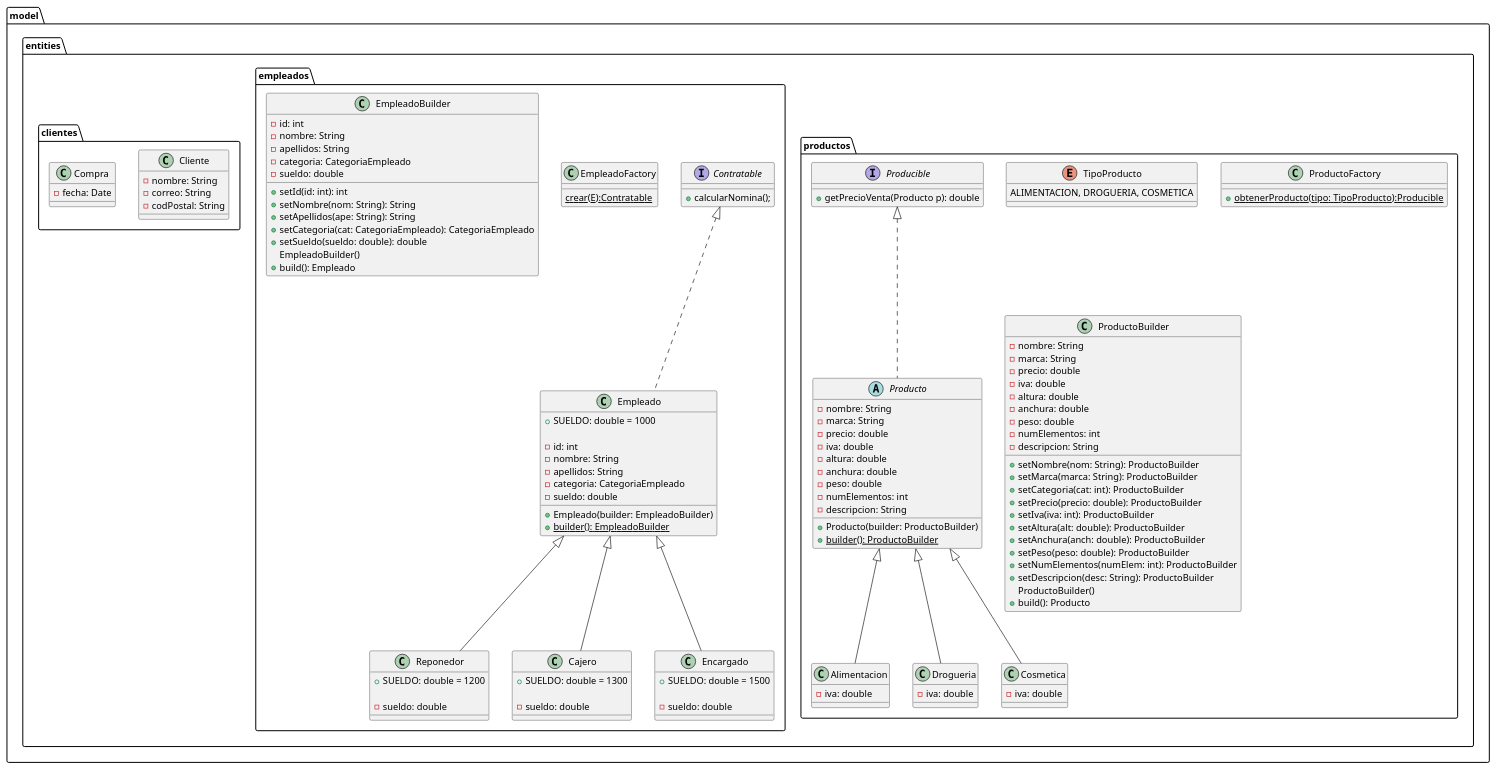
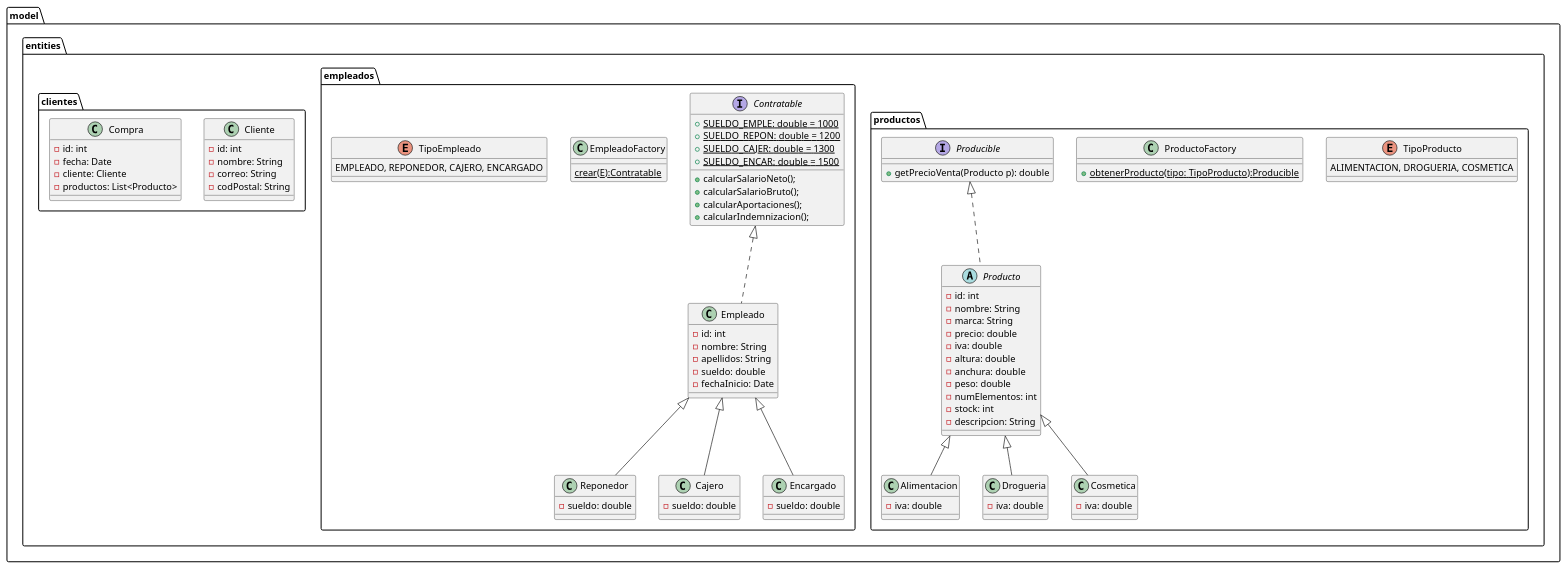
Before and after one commit to dmadcha/mercadaw_trabajo_ev3: the diagram in design/Clases/ClasesEntities.pu, drawn with PlantUML. The commit also changed 1 other file, not shown here.

```diff
--- a/design/Clases/ClasesEntities.pu
+++ b/design/Clases/ClasesEntities.pu
@@ -1,150 +1,114 @@
 @startuml MercaDAW
 
 package model{
     package entities {
         package productos{
             enum TipoProducto{
                 ALIMENTACION, DROGUERIA, COSMETICA
             }
 
             class ProductoFactory{
                 + {static} obtenerProducto(tipo: TipoProducto):Producible    
             }
 
             interface Producible{
                 + getPrecioVenta(Producto p): double
             }
 
             abstract class Producto {
+                - id: int
                 - nombre: String
                 - marca: String
                 - precio: double
                 - iva: double
                 - altura: double
                 - anchura: double
                 - peso: double
                 - numElementos: int
+                - stock: int
                 - descripcion: String
-
-                + Producto(builder: ProductoBuilder)
-                + {static} builder(): ProductoBuilder
             }
 
             class Alimentacion {
                 - iva: double
             }
 
             class Drogueria {
                 - iva: double
             }
 
             class Cosmetica {
                 - iva: double
             }
 
-            class ProductoBuilder {
-                - nombre: String
-                - marca: String
-                - precio: double
-                - iva: double
-                - altura: double
-                - anchura: double
-                - peso: double
-                - numElementos: int
-                - descripcion: String
-
-                + setNombre(nom: String): ProductoBuilder
-                + setMarca(marca: String): ProductoBuilder
-                + setCategoria(cat: int): ProductoBuilder
-                + setPrecio(precio: double): ProductoBuilder
-                + setIva(iva: int): ProductoBuilder
-                + setAltura(alt: double): ProductoBuilder
-                + setAnchura(anch: double): ProductoBuilder
-                + setPeso(peso: double): ProductoBuilder
-                + setNumElementos(numElem: int): ProductoBuilder
-                + setDescripcion(desc: String): ProductoBuilder
-                ProductoBuilder()
-                + build(): Producto
-            }
-
             Producible <|.. Producto
             Producto <|-- Alimentacion
             Producto <|-- Drogueria
             Producto <|-- Cosmetica
 
         }
 
         package empleados {
             interface Contratable {
-                + calcularNomina();
+                + {static} SUELDO_EMPLE: double = 1000
+                + {static} SUELDO_REPON: double = 1200
+                + {static} SUELDO_CAJER: double = 1300
+                + {static} SUELDO_ENCAR: double = 1500
+                + calcularSalarioNeto();
+                + calcularSalarioBruto();
+                + calcularAportaciones();
+                + calcularIndemnizacion();
             }
 
             class EmpleadoFactory{
                 {static} crear(E):Contratable
             }
 
-            class EmpleadoBuilder {
+            enum TipoEmpleado{
+                EMPLEADO, REPONEDOR, CAJERO, ENCARGADO
+            }
+
+            class Empleado {
                 - id: int
                 - nombre: String
                 - apellidos: String
-                - categoria: CategoriaEmpleado
                 - sueldo: double
-                + setId(id: int): int
-                + setNombre(nom: String): String
-                + setApellidos(ape: String): String
-                + setCategoria(cat: CategoriaEmpleado): CategoriaEmpleado
-                + setSueldo(sueldo: double): double
-                EmpleadoBuilder()
-                + build(): Empleado
-            }
-
-            class Empleado {
-                + SUELDO: double = 1000
-
-                - id: int
-                - nombre: String
-                - apellidos: String
-                - categoria: CategoriaEmpleado
-                - sueldo: double
-                + Empleado(builder: EmpleadoBuilder)
-                + {static} builder(): EmpleadoBuilder
+                - fechaInicio: Date
             }
 
             class Reponedor {
-                + SUELDO: double = 1200
-
                 - sueldo: double
             }
 
             class Cajero {
-                + SUELDO: double = 1300
-
                 - sueldo: double
             }
 
             class Encargado {
-                + SUELDO: double = 1500
-
                 - sueldo: double
             }
 
             Contratable <|.. Empleado
             Empleado <|-- Encargado
             Empleado <|-- Reponedor
             Empleado <|-- Cajero
         }
 
         package clientes {
             class Cliente {
+                - id: int
                 - nombre: String 
                 - correo: String 
                 - codPostal: String
             }
 
             class Compra {
+                - id: int
                 - fecha: Date
+                - cliente: Cliente
+                - productos: List<Producto>
             }
         }
     }
 }
 @enduml
```
